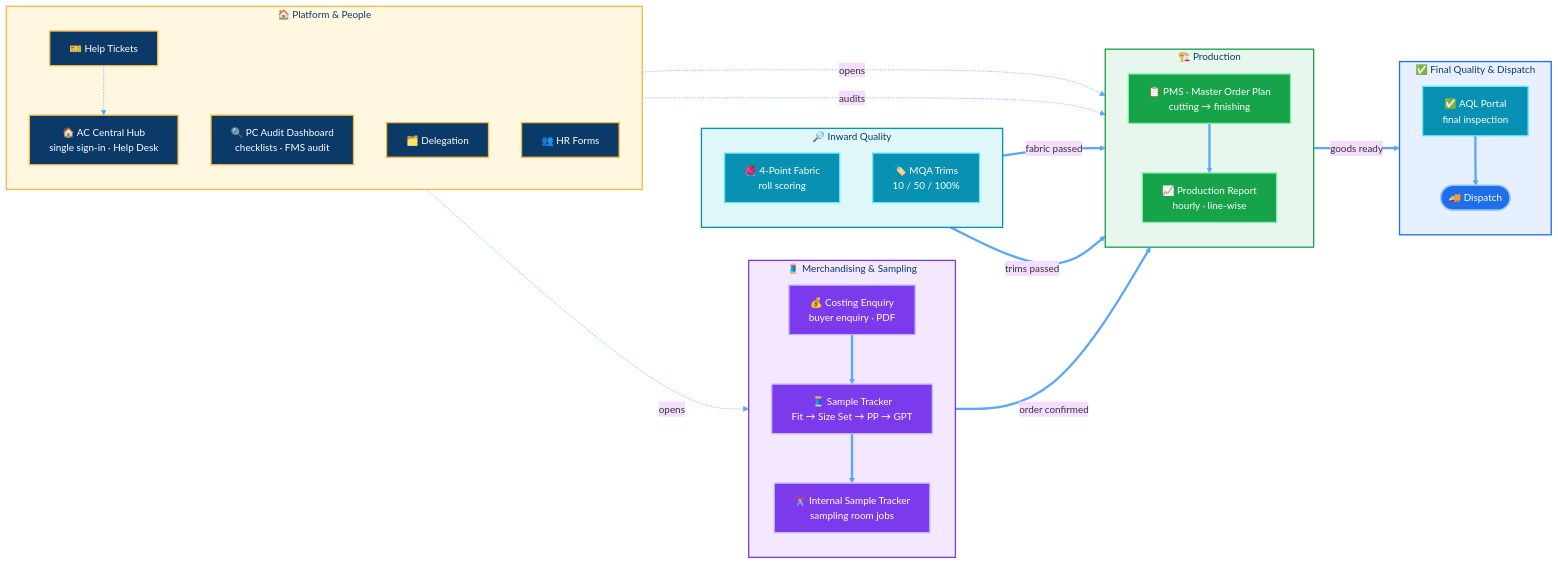
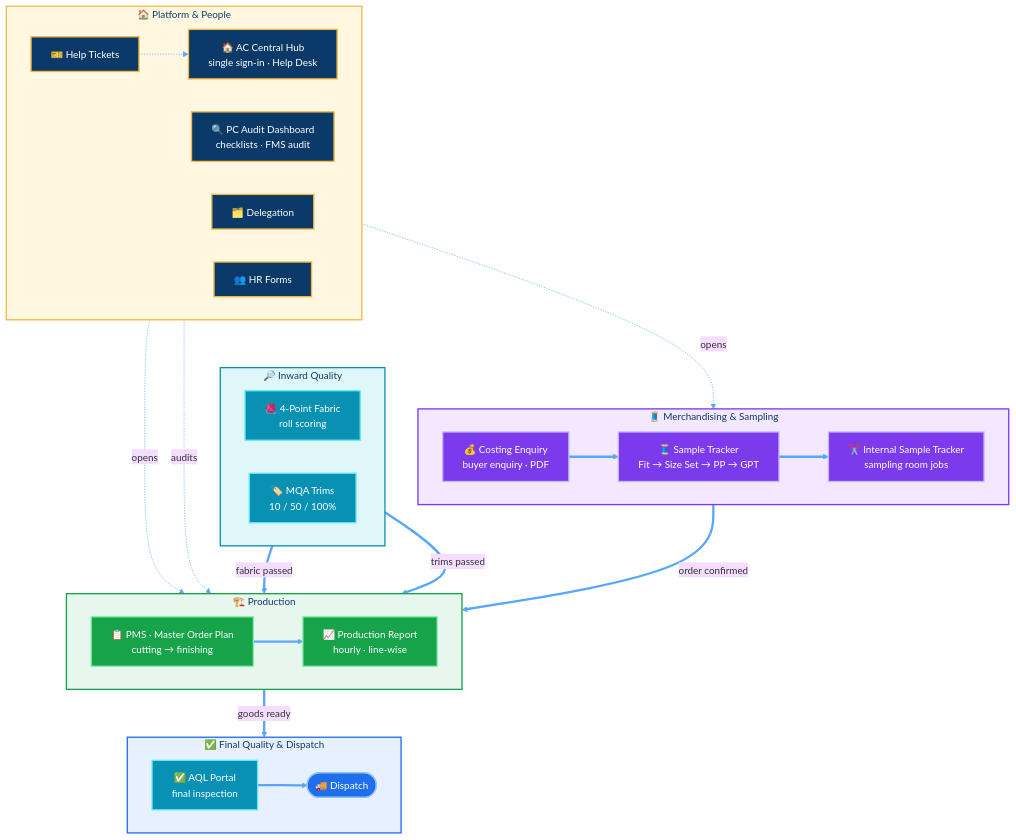
One commit to AbhinandanCreation/AbhinandanCreation changed the diagram in README.md. Above: the diagram before and after it, drawn with Mermaid.

Commit message:
Profile: top-to-bottom system map for readability

````diff
--- a/README.md
+++ b/README.md
@@ -58,65 +58,65 @@
 ```mermaid
 %%{init: {'theme':'base','themeVariables':{'fontFamily':'Segoe UI, Helvetica, Arial','fontSize':'15px','lineColor':'#58a6ff'}}}%%
-flowchart LR
+flowchart TB
     subgraph S1["🧵 Merchandising & Sampling"]
-        direction TB
+        direction LR
         A["💰 Costing Enquiry<br/>buyer enquiry · PDF"]
         B["🧵 Sample Tracker<br/>Fit → Size Set → PP → GPT"]
         C["✂️ Internal Sample Tracker<br/>sampling room jobs"]
         A ==> B ==> C
     end
 
     subgraph S2["🔎 Inward Quality"]
-        direction TB
+        direction LR
         F["🧶 4-Point Fabric<br/>roll scoring"]
         M["🏷️ MQA Trims<br/>10 / 50 / 100%"]
     end
 
     subgraph S3["🏗️ Production"]
-        direction TB
+        direction LR
         D["📋 PMS · Master Order Plan<br/>cutting → finishing"]
         P["📈 Production Report<br/>hourly · line-wise"]
         D ==> P
     end
 
     subgraph S4["✅ Final Quality & Dispatch"]
-        direction TB
+        direction LR
         Q["✅ AQL Portal<br/>final inspection"]
         X(["🚚 Dispatch"])
         Q ==> X
     end
 
     subgraph S5["🏠 Platform & People"]
-        direction TB
+        direction LR
         H["🏠 AC Central Hub<br/>single sign-in · Help Desk"]
         K["🔍 PC Audit Dashboard<br/>checklists · FMS audit"]
         T["🎫 Help Tickets"]
         G["🗂️ Delegation"]
         R["👥 HR Forms"]
     end
 
     B ==>|order confirmed| D
     F ==>|fabric passed| D
     M ==>|trims passed| D
     P ==>|goods ready| Q
     H -.->|opens| B
     H -.->|opens| D
     K -.->|audits| D
     T -.-> H
 
     classDef merch fill:#7c3aed,stroke:#c4b5fd,stroke-width:2px,color:#fff
     classDef qc fill:#0891b2,stroke:#67e8f9,stroke-width:2px,color:#fff
     classDef prod fill:#16a34a,stroke:#86efac,stroke-width:2px,color:#fff
     classDef ship fill:#1f6feb,stroke:#93c5fd,stroke-width:2px,color:#fff
     classDef plat fill:#0b3a68,stroke:#f5b942,stroke-width:2px,color:#fff
     class A,B,C merch
     class F,M,Q qc
     class D,P prod
     class X ship
     class H,K,T,G,R plat
     style S1 fill:#f3e8ff,stroke:#7c3aed,stroke-width:2px,color:#0b3a68
     style S2 fill:#e0f7fa,stroke:#0891b2,stroke-width:2px,color:#0b3a68
     style S3 fill:#e8f7ee,stroke:#16a34a,stroke-width:2px,color:#0b3a68
     style S4 fill:#e7f0ff,stroke:#1f6feb,stroke-width:2px,color:#0b3a68
     style S5 fill:#fff7e0,stroke:#f5b942,stroke-width:2px,color:#0b3a68
 ```
````
